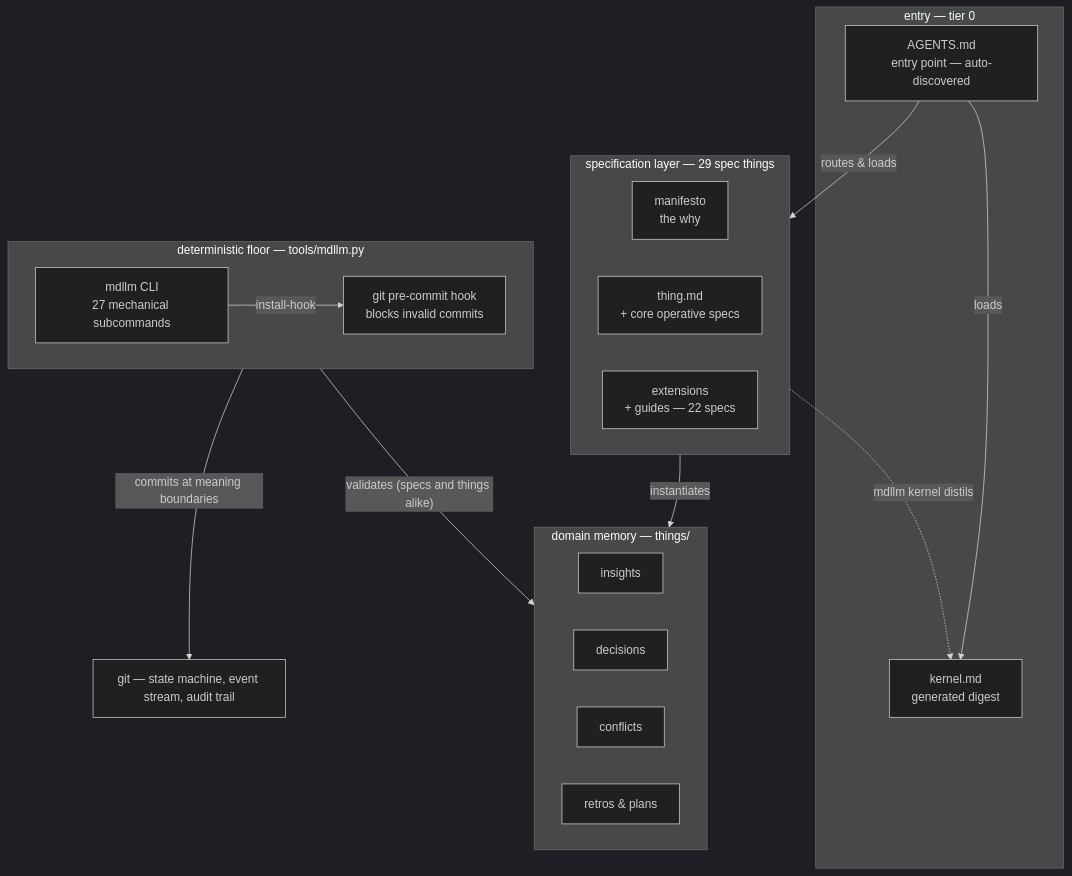
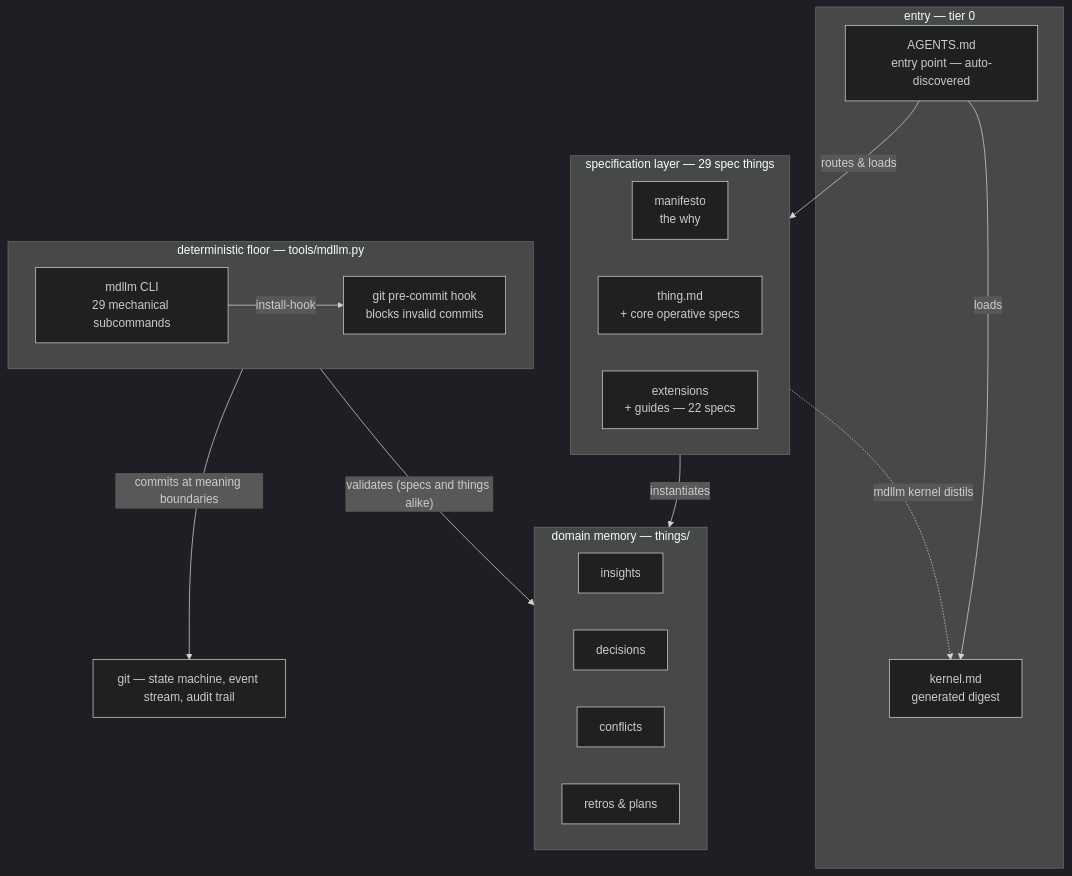
One commit to JanoshMoshiri/MarkdownLLM changed the first of 4 diagrams in docs/framework-map.md. Above: the diagram before and after it, drawn with Mermaid (dark theme). The commit also changed other lines of this file and 24 other files, not shown here.

````diff
--- a/docs/framework-map.md
+++ b/docs/framework-map.md
@@ -54,31 +54,31 @@
 ```mermaid
 flowchart TD
     subgraph entry ["entry — tier 0"]
         AGENTS["AGENTS.md<br/>entry point — auto-discovered"]
         KERNEL["kernel.md<br/>generated digest"]
     end
     subgraph specs ["specification layer — 29 spec things"]
         MANIFESTO["manifesto<br/>the why"]
         THING["thing.md<br/>+ core operative specs"]
         EXT["extensions<br/>+ guides — 22 specs"]
     end
     subgraph memory ["domain memory — things/"]
         INSIGHTS["insights"]
         DECISIONS["decisions"]
         CONFLICTS["conflicts"]
         RETROS["retros & plans"]
     end
     subgraph floor ["deterministic floor — tools/mdllm.py"]
-        MDLLM["mdllm CLI<br/>27 mechanical subcommands"]
+        MDLLM["mdllm CLI<br/>29 mechanical subcommands"]
         HOOK["git pre-commit hook<br/>blocks invalid commits"]
     end
     GIT["git — state machine, event stream, audit trail"]
 
     AGENTS -->|loads| KERNEL
     AGENTS -->|routes & loads| specs
     specs -.->|"mdllm kernel distils"| KERNEL
     specs -->|instantiates| memory
     MDLLM -->|install-hook| HOOK
     floor -->|"validates (specs and things alike)"| memory
     floor -->|commits at meaning boundaries| GIT
 ```
````
